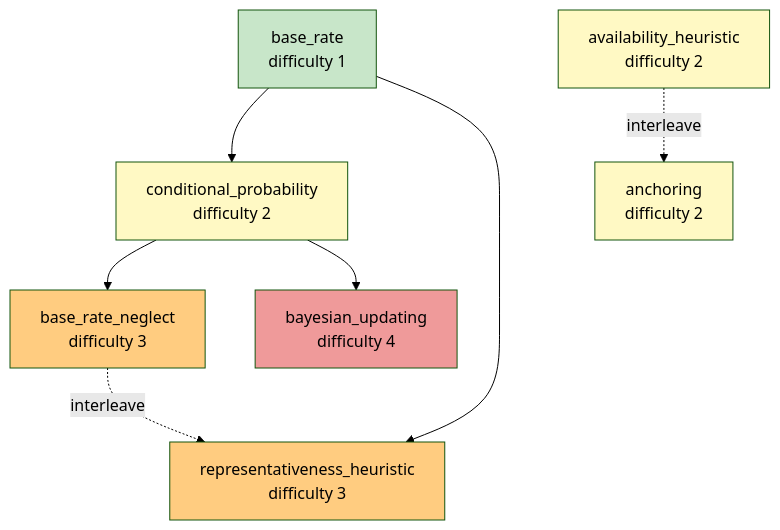
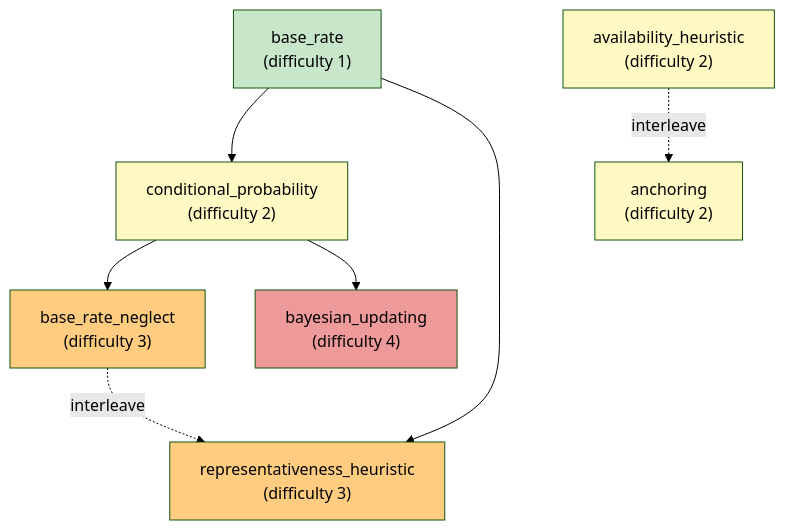
One commit to abhijeetgupta23/ai-agent-to-learn-faster-and-better changed the second of 2 diagrams in README.md. Above: the diagram before and after it, drawn with Mermaid (forest theme). The commit also changed other lines of this file and 2 other files, not shown here.

First line of the commit message:
docs: ship pre-rendered PNGs for the Mermaid diagrams (mobile-safe)

````diff
--- a/README.md
+++ b/README.md
@@ -72,25 +84,25 @@
 ```mermaid
 flowchart TD
-    base_rate["base_rate<br/>difficulty 1"]
-    cond_prob["conditional_probability<br/>difficulty 2"]
-    brn["base_rate_neglect<br/>difficulty 3"]
-    rep["representativeness_heuristic<br/>difficulty 3"]
-    anchor["anchoring<br/>difficulty 2"]
-    avail["availability_heuristic<br/>difficulty 2"]
-    bayes["bayesian_updating<br/>difficulty 4"]
+    base_rate["base_rate<br/>(difficulty 1)"]
+    cond_prob["conditional_probability<br/>(difficulty 2)"]
+    brn["base_rate_neglect<br/>(difficulty 3)"]
+    rep["representativeness_heuristic<br/>(difficulty 3)"]
+    anchor["anchoring<br/>(difficulty 2)"]
+    avail["availability_heuristic<br/>(difficulty 2)"]
+    bayes["bayesian_updating<br/>(difficulty 4)"]
 
     base_rate --> cond_prob
     cond_prob --> brn
     base_rate --> rep
     cond_prob --> bayes
     brn -.interleave.-> rep
     avail -.interleave.-> anchor
 
     style base_rate fill:#c8e6c9
     style cond_prob fill:#fff9c4
     style anchor fill:#fff9c4
     style avail fill:#fff9c4
     style brn fill:#ffcc80
     style rep fill:#ffcc80
     style bayes fill:#ef9a9a
 ```
````
